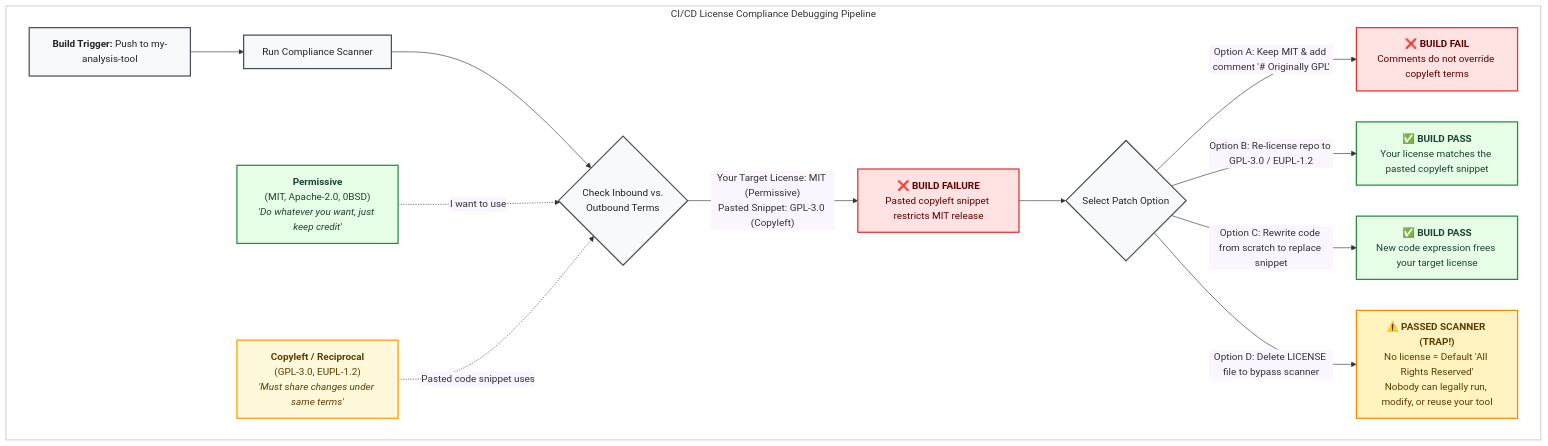
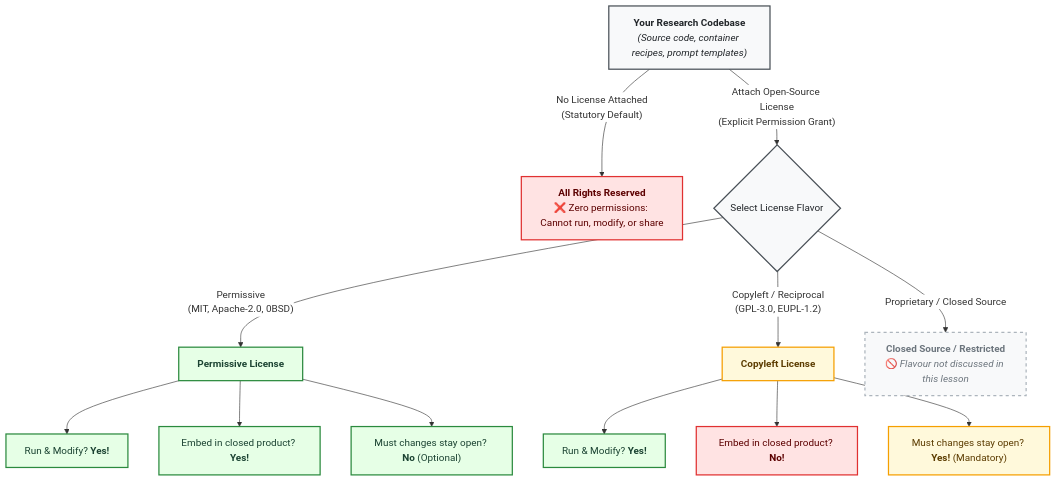
The first of 3 diagrams in content/software-licensing.md (coderefinery/social-coding), drawn with Mermaid before and after one commit. The commit also changed other lines of this file, not shown here.

Commit message:
Reorganizing, this version may be broken, saving before changing

````diff
--- a/content/software-licensing.md
+++ b/content/software-licensing.md
@@ -32,39 +46,32 @@
 ```{mermaid}
-%%{init: {'themeVariables': { 'edgeLabelBackground': '#faf5ff' }}}%%
-flowchart TB
+%%{init: {'themeVariables': { 'edgeLabelBackground': '#ffffff' }}}%%
+flowchart TD
+    A["<b>Your Research Codebase</b><br/><i>(Source code, container recipes, prompt templates)</i>"] -->|"No License Attached<br/>(Statutory Default)"| B["<b>All Rights Reserved</b><br/>❌ Zero permissions: Cannot run, modify, or share"]
+    
+    A -->|"Attach Open-Source License<br/>(Explicit Permission Grant)"| C{"Select License Flavor"}
+    
+    C -->|"Permissive<br/>(MIT, Apache-2.0, 0BSD)"| D["<b>Permissive License</b>"]
+    C -->|"Copyleft / Reciprocal<br/>(GPL-3.0, EUPL-1.2)"| E["<b>Copyleft License</b>"]
+    C -->|"Proprietary / Closed Source"| F["<b>Closed Source / Restricted</b><br/>🚫 <i>Flavour not discussed in this lesson</i>"]
 
-    subgraph box["CI/CD License Compliance Debugging Pipeline"]
-        A["<b>Build Trigger:</b> Push to my-analysis-tool"] --> B["Run Compliance Scanner"]
-        B --> C{"Check Inbound vs.<br/>Outbound Terms"}
-        
-        C -->|"Your Target License: MIT (Permissive)<br/>Pasted Snippet: GPL-3.0 (Copyleft)"| D["❌ <b>BUILD FAILURE</b><br/>Pasted copyleft snippet restricts MIT release"]
-        
-        D --> E{"Select Patch Option"}
-        
-        E -->|"Option A: Keep MIT & add comment '# Originally GPL'"| F["❌ <b>BUILD FAIL</b><br/>Comments do not override copyleft terms"]
-        E -->|"Option B: Re-license repo to GPL-3.0 / EUPL-1.2"| G["✅ <b>BUILD PASS</b><br/>Your license matches the pasted copyleft snippet"]
-        E -->|"Option C: Rewrite code from scratch to replace snippet"| H["✅ <b>BUILD PASS</b><br/>New code expression frees your target license"]
-        E -->|"Option D: Delete LICENSE file to bypass scanner"| I["⚠️ <b>PASSED SCANNER (TRAP!)</b><br/>No license = Default 'All Rights Reserved'<br/>Nobody can legally run, modify, or reuse your tool"]
+    D --> D1["Run & Modify? <b>Yes!</b>"]
+    D --> D2["Embed in closed product? <b>Yes!</b>"]
+    D --> D3["Must changes stay open? <b>No</b> (Optional)"]
 
-        P["<b>Permissive</b><br/>(MIT, Apache-2.0, 0BSD)<br/><i>'Do whatever you want, just keep credit'</i>"]
-        CL["<b>Copyleft / Reciprocal</b><br/>(GPL-3.0, EUPL-1.2)<br/><i>'Must share changes under same terms'</i>"]
-    end
+    E --> E1["Run & Modify? <b>Yes!</b>"]
+    E --> E2["Embed in closed product? <b>No!</b>"]
+    E --> E3["Must changes stay open? <b>Yes!</b> (Mandatory)"]
 
-    P -.->|"I want to use"| C
-    CL -.->|"Pasted code snippet uses"| C
+    classDef defaultState fill:#ffe3e3,stroke:#e03131,stroke-width:2px,color:#5c0000;
+    classDef openState fill:#e6ffe6,stroke:#2b8a3e,stroke-width:2px,color:#1b4332;
+    classDef copyleftState fill:#fff9db,stroke:#f59f00,stroke-width:2px,color:#5c3c00;
+    classDef closedState fill:#f8f9fa,stroke:#adb5bd,stroke-width:2px,stroke-dasharray: 5 5,color:#6c757d;
+    classDef codeState fill:#f8f9fa,stroke:#495057,stroke-width:2px,color:#212529;
 
-    classDef pass fill:#e6ffe6,stroke:#2b8a3e,stroke-width:2px,color:#1b4332;
-    classDef copyleft fill:#fff9db,stroke:#f59f00,stroke-width:2px,color:#5c3c00;
-    classDef fail fill:#ffe3e3,stroke:#e03131,stroke-width:2px,color:#5c0000;
-    classDef warning fill:#fff3bf,stroke:#f08c00,stroke-width:2px,color:#5c3c00;
-    classDef neutral fill:#f8f9fa,stroke:#495057,stroke-width:2px,color:#212529;
-    classDef box_fill fill:#ffffff,stroke:#adb5bd,stroke-width:1px;
-
-    class P,G,H pass;
-    class CL copyleft;
-    class D,F fail;
-    class I warning;
-    class A,B,C,E neutral;
-    class box box_fill; 
+    class B,E2 defaultState;
+    class D,D1,D2,D3,E1 openState;
+    class E,E3 copyleftState;
+    class F closedState;
+    class A,C codeState;
 
 ```
````
